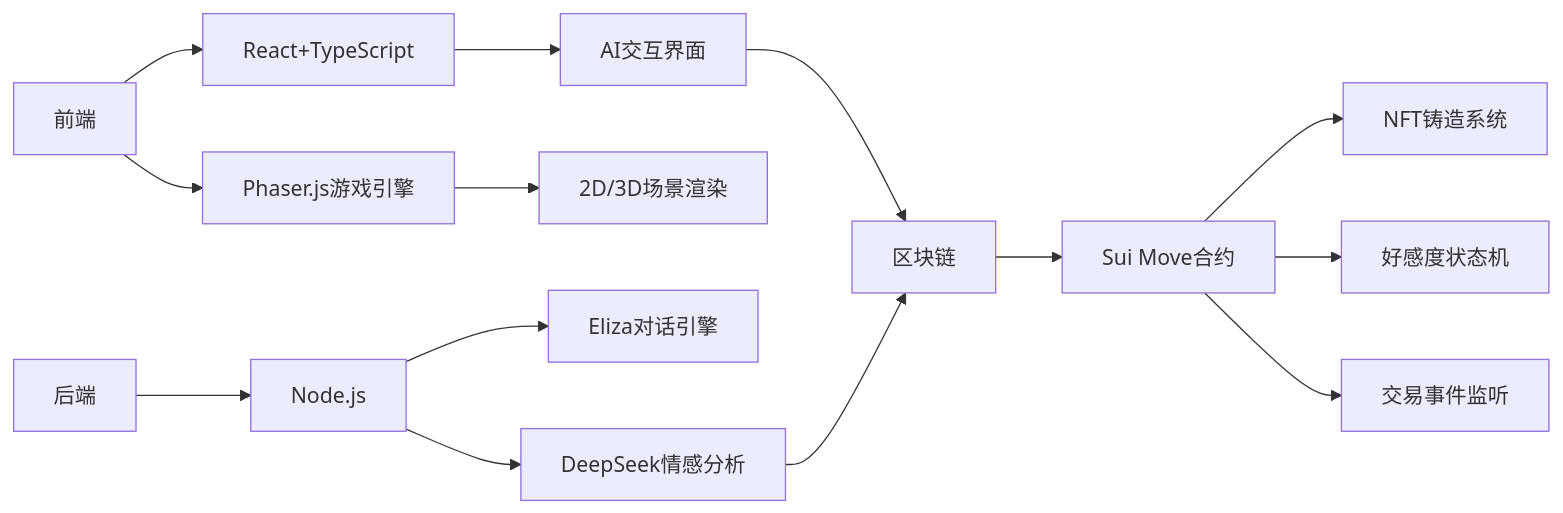
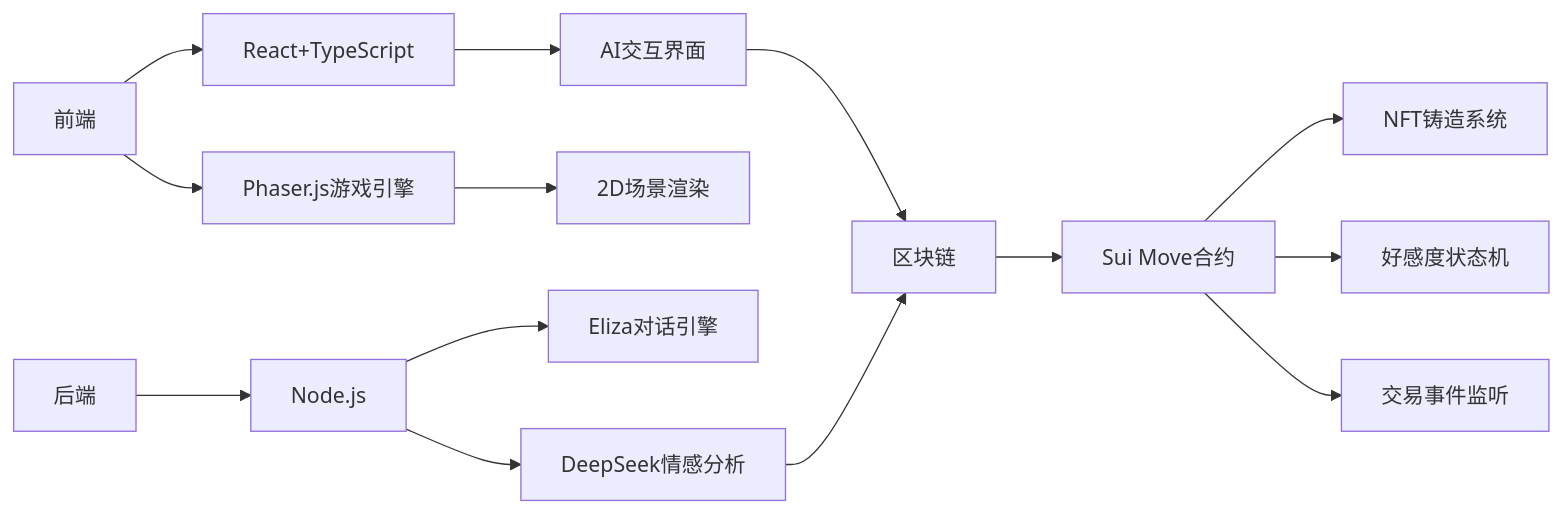
One commit to Ch1hiro4002/Love-Link changed the diagram in README.md. Above: the diagram before and after it, drawn with Mermaid. The commit also changed 11 other files, not shown here.

````diff
--- a/README.md
+++ b/README.md
@@ -24,19 +24,19 @@
 ```mermaid
 graph LR
     A[前端] --> B[React+TypeScript]
     A --> C[Phaser.js游戏引擎]
     B --> D[AI交互界面]
-    C --> E[2D/3D场景渲染]
+    C --> E[2D场景渲染]
     
     F[后端] --> G[Node.js]
     G --> H[Eliza对话引擎]
     G --> I[DeepSeek情感分析]
     
     J[区块链] --> K[Sui Move合约]
     K --> L[NFT铸造系统]
     K --> M[好感度状态机]
     K --> N[交易事件监听]
     
     D --> J
     I --> J
 ```
````
